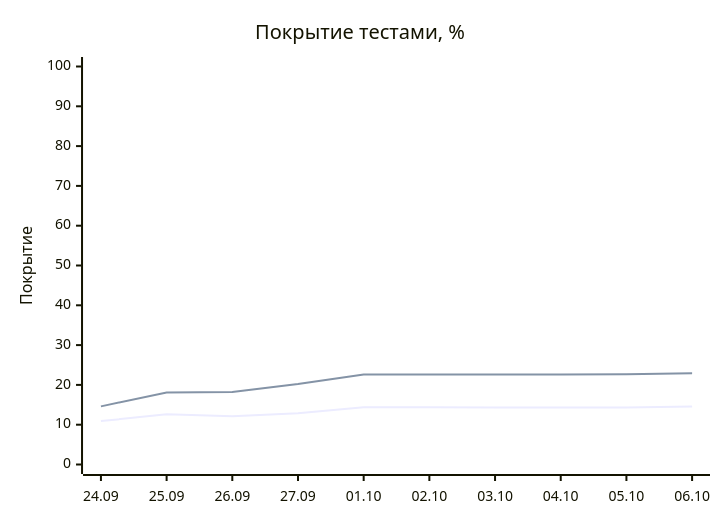
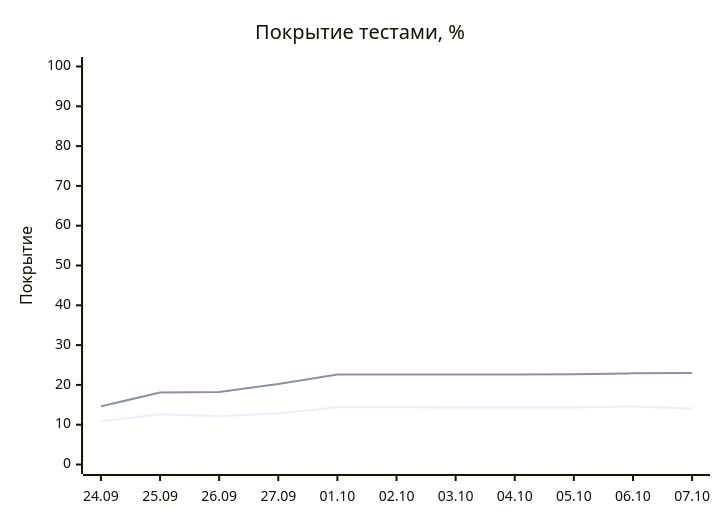
One commit to EvgeniBondarev/coverage-report changed the diagram in README.md. Above: the diagram before and after it, drawn with Mermaid. The commit also changed other lines of this file and 2837 other files, not shown here.

````diff
--- a/README.md
+++ b/README.md
@@ -19,8 +19,8 @@
 ```mermaid
 xychart-beta
     title "Покрытие тестами, %"
-    x-axis ["24.09", "25.09", "26.09", "27.09", "01.10", "02.10", "03.10", "04.10", "05.10", "06.10"]
+    x-axis ["24.09", "25.09", "26.09", "27.09", "01.10", "02.10", "03.10", "04.10", "05.10", "06.10", "07.10"]
     y-axis "Покрытие" 0 --> 100
-    line [10.9, 12.6, 12.1, 12.9, 14.4, 14.4, 14.3, 14.3, 14.3, 14.6]
-    line [14.6, 18.1, 18.2, 20.2, 22.6, 22.6, 22.6, 22.6, 22.7, 22.9]
+    line [10.9, 12.6, 12.1, 12.9, 14.4, 14.4, 14.3, 14.3, 14.3, 14.6, 14.1]
+    line [14.6, 18.1, 18.2, 20.2, 22.6, 22.6, 22.6, 22.6, 22.7, 22.9, 23]
 ```
````
